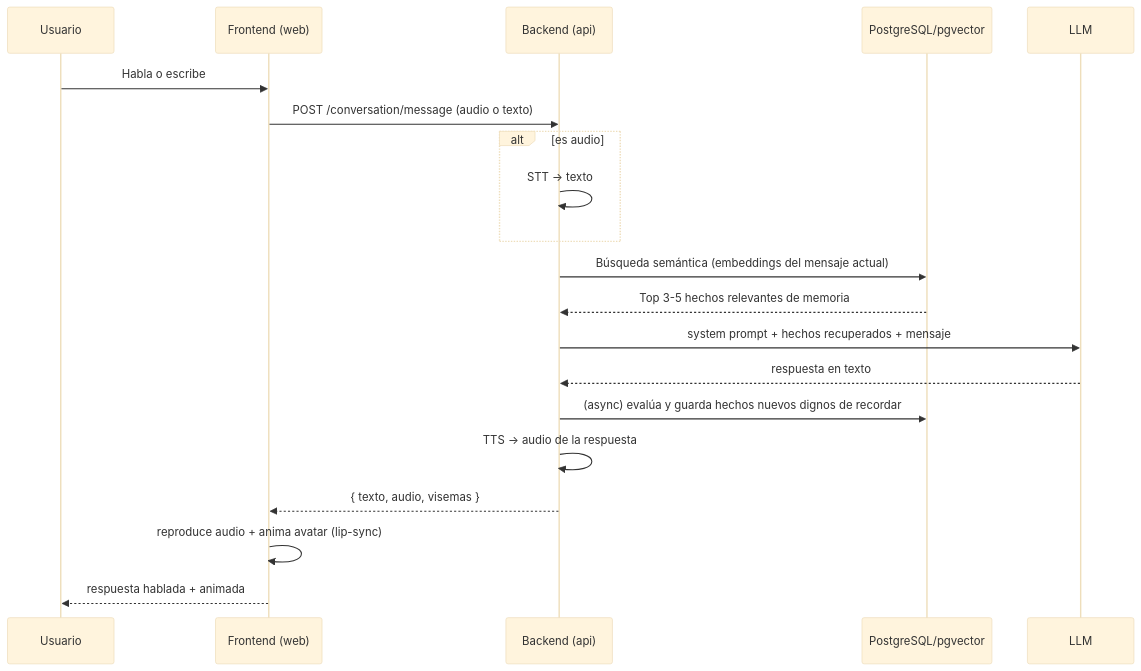
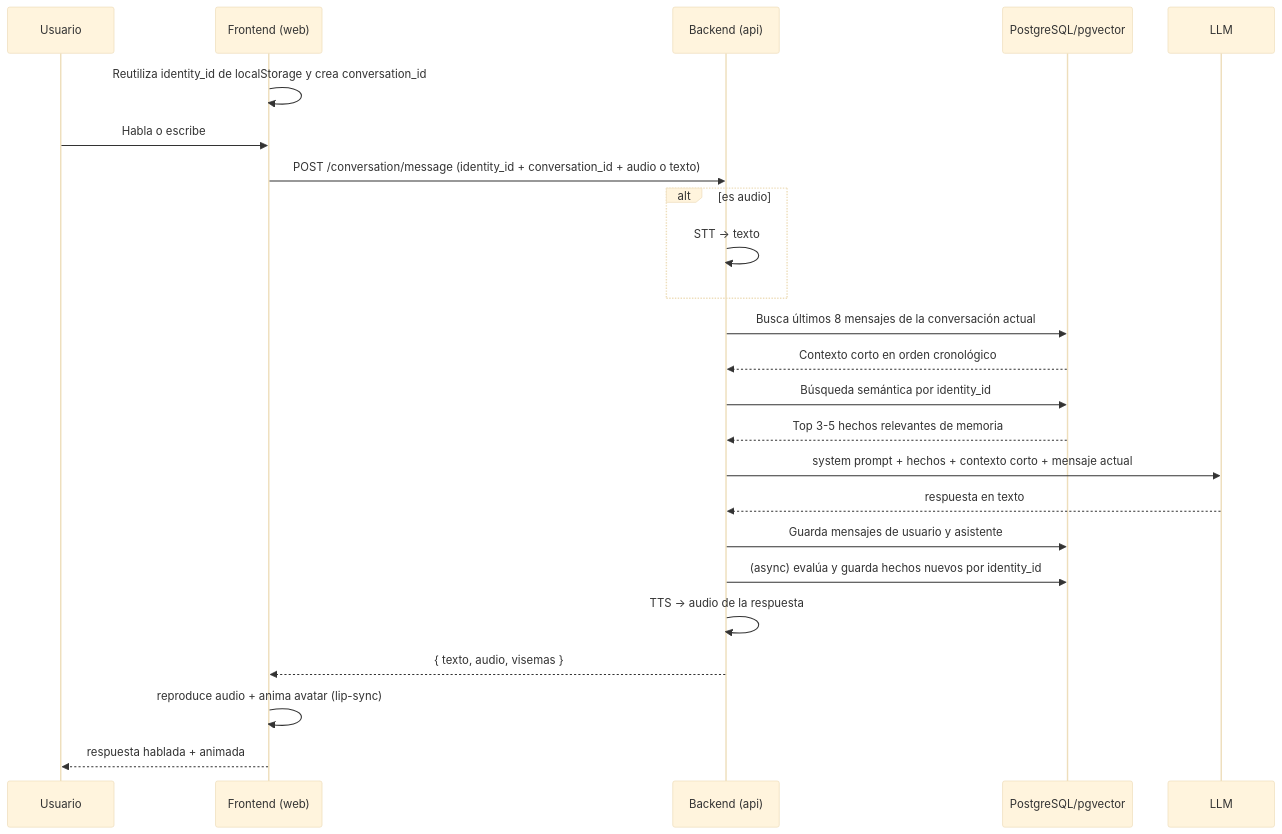
Before and after one commit to sebastian1010101/AI_Pal: the second of 3 diagrams in docs/ARCHITECTURE.md, drawn with Mermaid (base theme). The commit also changed other lines of this file and 16 other files, not shown here.

````diff
--- a/docs/ARCHITECTURE.md
+++ b/docs/ARCHITECTURE.md
@@ -28,23 +28,27 @@
 ```mermaid
 sequenceDiagram
     participant U as Usuario
     participant W as Frontend (web)
     participant A as Backend (api)
     participant D as PostgreSQL/pgvector
     participant L as LLM
 
+    W->>W: Reutiliza identity_id de localStorage y crea conversation_id
     U->>W: Habla o escribe
-    W->>A: POST /conversation/message (audio o texto)
+    W->>A: POST /conversation/message (identity_id + conversation_id + audio o texto)
     alt es audio
         A->>A: STT → texto
     end
-    A->>D: Búsqueda semántica (embeddings del mensaje actual)
+    A->>D: Busca últimos 8 mensajes de la conversación actual
+    D-->>A: Contexto corto en orden cronológico
+    A->>D: Búsqueda semántica por identity_id
     D-->>A: Top 3-5 hechos relevantes de memoria
-    A->>L: system prompt + hechos recuperados + mensaje
+    A->>L: system prompt + hechos + contexto corto + mensaje actual
     L-->>A: respuesta en texto
-    A->>D: (async) evalúa y guarda hechos nuevos dignos de recordar
+    A->>D: Guarda mensajes de usuario y asistente
+    A->>D: (async) evalúa y guarda hechos nuevos por identity_id
     A->>A: TTS → audio de la respuesta
     A-->>W: { texto, audio, visemas }
     W->>W: reproduce audio + anima avatar (lip-sync)
     W-->>U: respuesta hablada + animada
 ```
````
